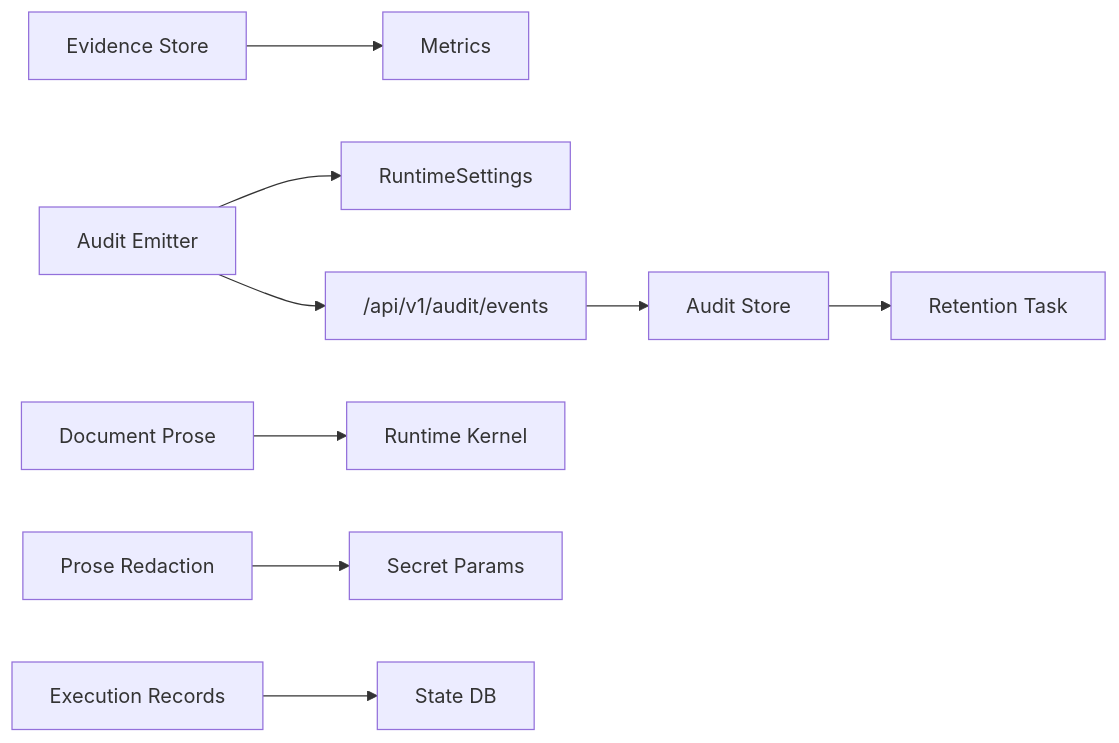
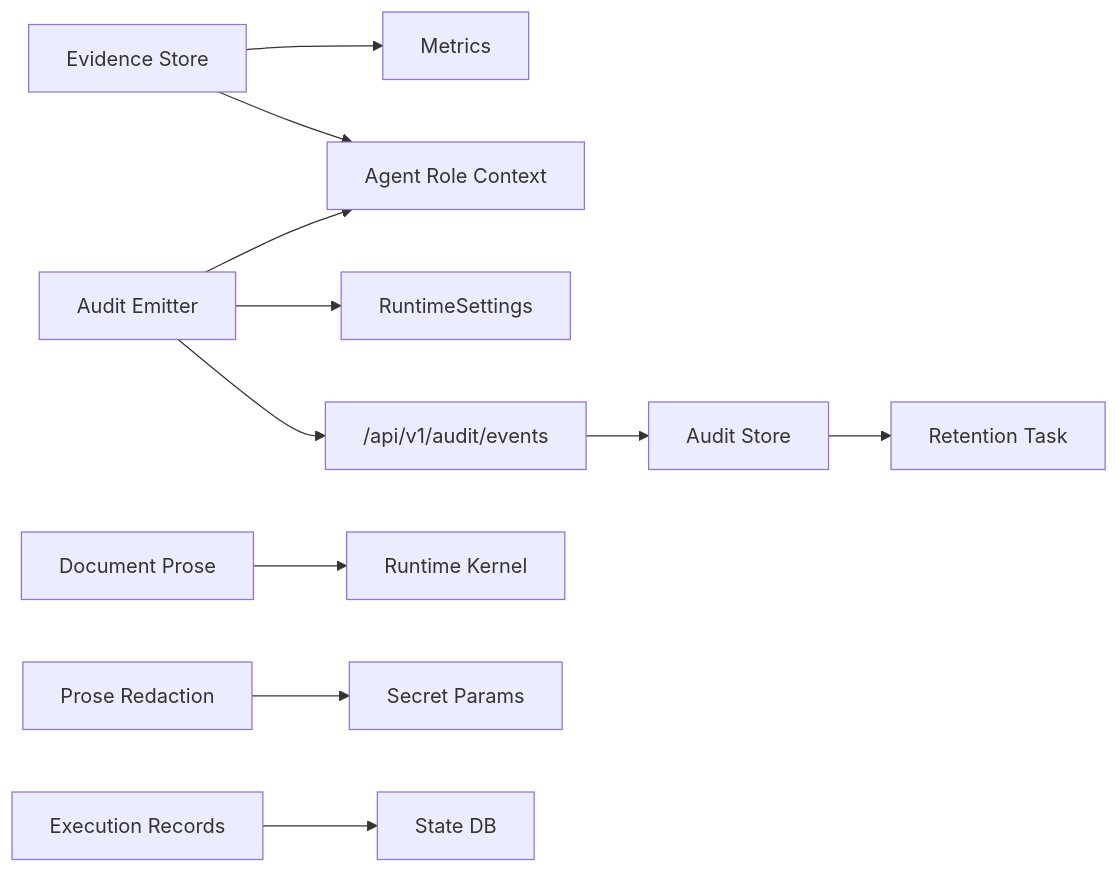
Diagram 12 of 12 in .qoder/repowiki/en/content/Core Services/Agent Platform/Evidence Storage and Audit Trail.md (metasync/luban-aiops), drawn with Mermaid before and after one commit. The commit also changed other lines of this file and 219 other files, not shown here.

````diff
--- a/.qoder/repowiki/en/content/Core Services/Agent Platform/Evidence Storage and Audit Trail.md
+++ b/.qoder/repowiki/en/content/Core Services/Agent Platform/Evidence Storage and Audit Trail.md
@@ -349,11 +467,13 @@
 ```mermaid
 graph LR
 Evidence["Evidence Store"] --> Metrics["Metrics"]
+Evidence --> RoleCtx["Agent Role Context"]
 Emitter["Audit Emitter"] --> Settings["RuntimeSettings"]
+Emitter --> RoleCtx
 Emitter --> AuditAPI["/api/v1/audit/events"]
 AuditAPI --> AuditStore["Audit Store"]
 AuditStore --> Retention["Retention Task"]
 Prose["Document Prose"] --> Kernel["Runtime Kernel"]
 Redact["Prose Redaction"] --> SecretParams["Secret Params"]
 ExecRec["Execution Records"] --> StateDB["State DB"]
 ```
````
